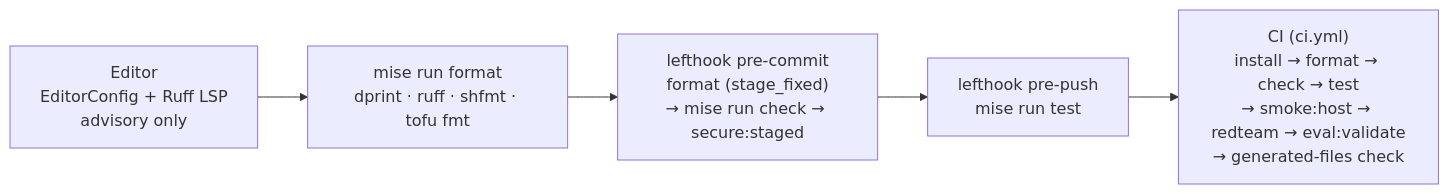
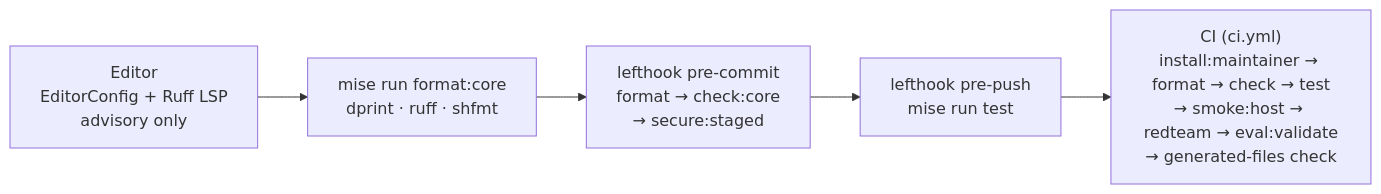
Before and after one commit to LuiGGi629/agentops-open-course: the second of 2 diagrams in docs/1. Setup/1.5. Workspace.md, drawn with Mermaid. The commit also changed other lines of this file and 121 other files, not shown here.

````diff
--- a/docs/1. Setup/1.5. Workspace.md
+++ b/docs/1. Setup/1.5. Workspace.md
@@ -187,7 +179,7 @@
 ```mermaid
 flowchart LR
-    E["Editor<br/>EditorConfig + Ruff LSP<br/>advisory only"] --> F["mise run format<br/>dprint · ruff · shfmt · tofu fmt"]
-    F --> PC["lefthook pre-commit<br/>format (stage_fixed)<br/>→ mise run check → secure:staged"]
+    E["Editor<br/>EditorConfig + Ruff LSP<br/>advisory only"] --> F["mise run format:core<br/>dprint · ruff · shfmt"]
+    F --> PC["lefthook pre-commit<br/>format → check:core<br/>→ secure:staged"]
     PC --> PP["lefthook pre-push<br/>mise run test"]
-    PP --> CI["CI (ci.yml)<br/>install → format → check → test<br/>→ smoke:host → redteam → eval:validate<br/>→ generated-files check"]
+    PP --> CI["CI (ci.yml)<br/>install:maintainer → format → check → test<br/>→ smoke:host → redteam → eval:validate<br/>→ generated-files check"]
 ```
````
